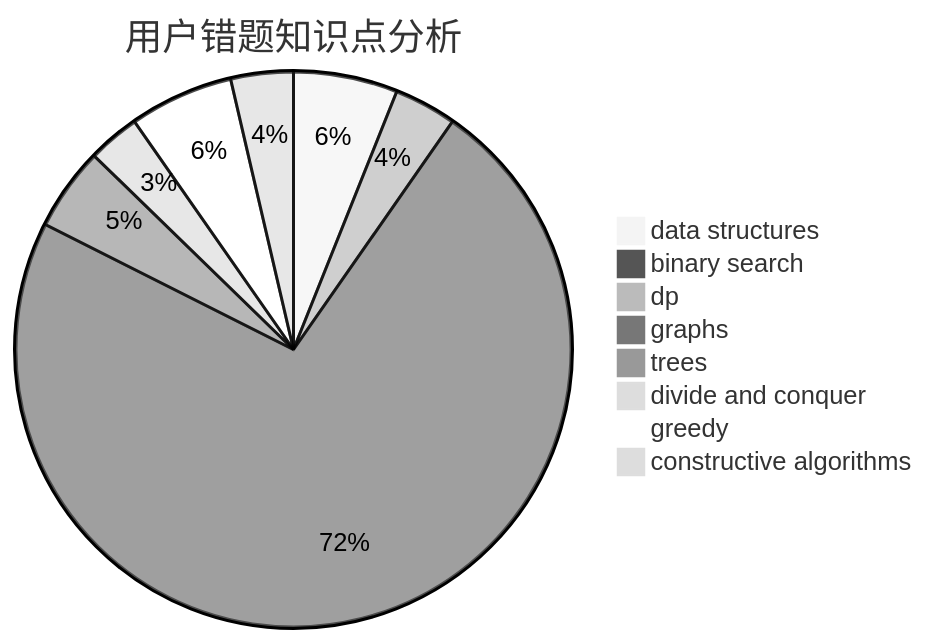
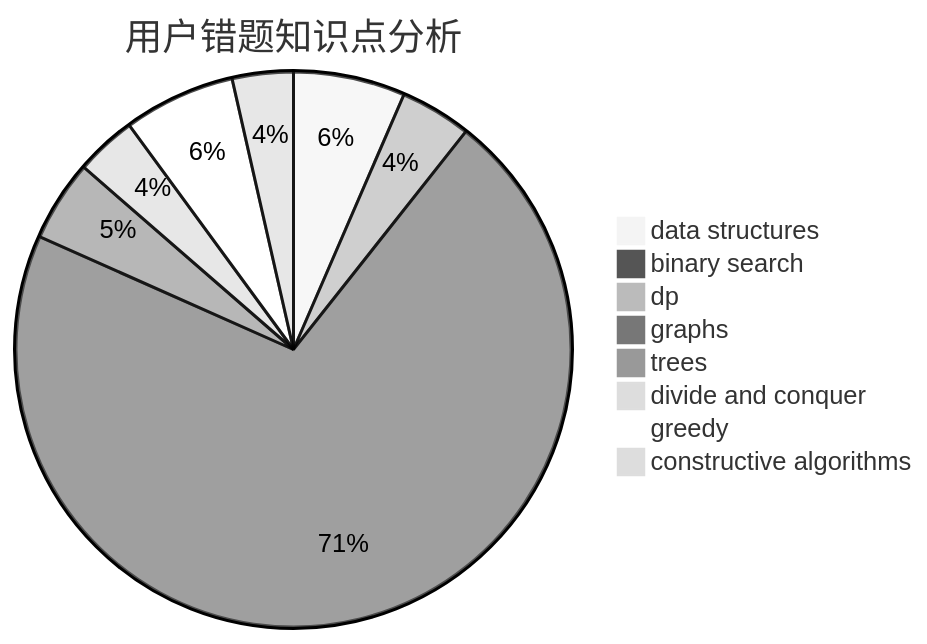
The third of 3 diagrams in docs/user/u286.md (sherpahu/cfrs.github.io), drawn with Mermaid (neutral theme) before and after one commit. The commit also changed other lines of this file and 2770 other files, not shown here.

````diff
--- a/docs/user/u286.md
+++ b/docs/user/u286.md
@@ -36,11 +36,11 @@
 ```mermaid
 pie title 用户错题知识点分析
-    "data structures" :  10
+    "data structures" :  11
     "binary search" :  1
-    "dp" :  6
+    "dp" :  7
     "graphs" :  120
     "trees" :  8
-    "divide and conquer" :  5
-    "greedy" :  10
+    "divide and conquer" :  6
+    "greedy" :  11
     "constructive algorithms" :  6
 ```
````
